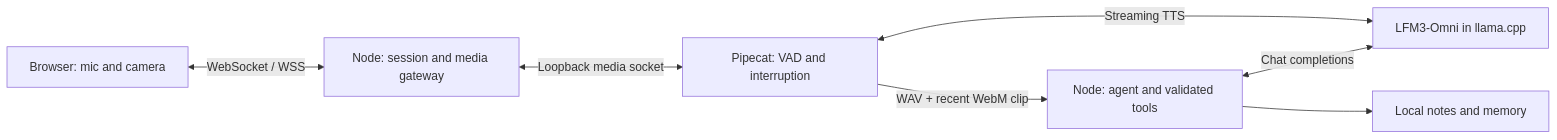
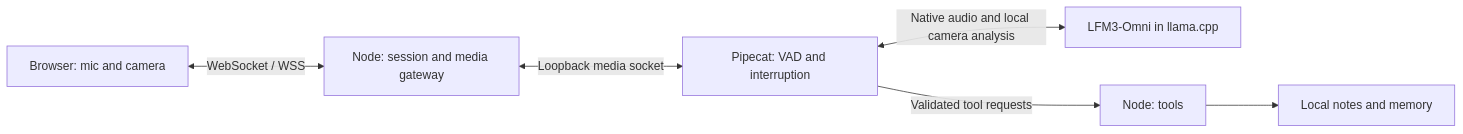
One commit to varadganjoo/lfm3-omni-realtime-agent changed the diagram in README.md. Above: the diagram before and after it, drawn with Mermaid. The commit also changed other lines of this file and 20 other files, not shown here.

Commit message:
Use native realtime voice for the local multimodal agent

````diff
--- a/README.md
+++ b/README.md
@@ -85,9 +91,8 @@
 ```mermaid
 flowchart LR
   Browser[Browser: mic and camera] <-->|WebSocket / WSS| Node[Node: session and media gateway]
   Node <-->|Loopback media socket| Pipecat[Pipecat: VAD and interruption]
-  Pipecat -->|WAV + recent WebM clip| Agent[Node: agent and validated tools]
-  Agent <-->|Chat completions| Model[LFM3-Omni in llama.cpp]
-  Pipecat <-->|Streaming TTS| Model
+  Pipecat <-->|Native audio and local camera analysis| Model[LFM3-Omni in llama.cpp]
+  Pipecat -->|Validated tool requests| Agent[Node: tools]
   Agent --> Files[Local notes and memory]
 ```
````
